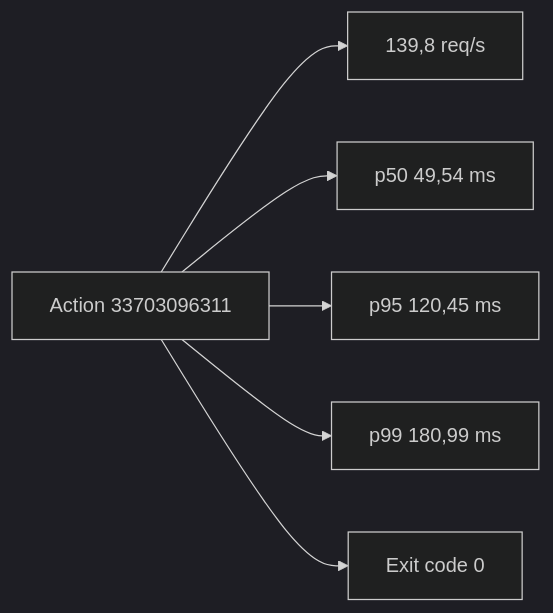
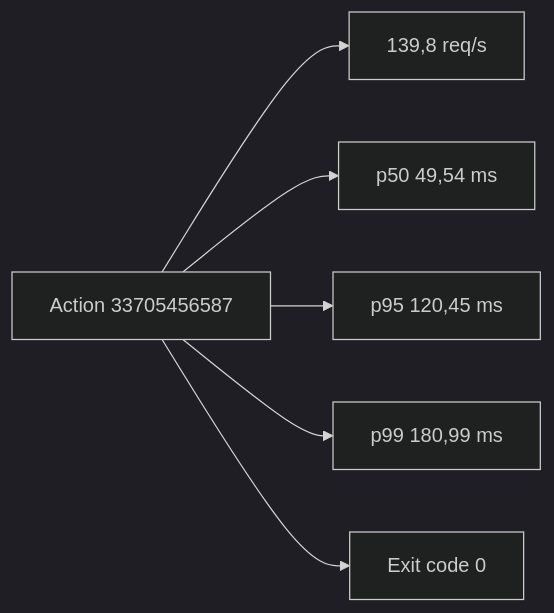
The seventh of 7 diagrams in evidencias/carga-curta.md (renansko/jugle-gaming-test), drawn with Mermaid (dark theme) before and after one commit. The commit also changed other lines of this file and 6 other files, not shown here.

````diff
--- a/evidencias/carga-curta.md
+++ b/evidencias/carga-curta.md
@@ -88,8 +88,8 @@
 ```mermaid
 flowchart LR
-    Run["Action 33703096311"] --> Rate["139,8 req/s"]
+    Run["Action 33705456587"] --> Rate["139,8 req/s"]
     Run --> P50["p50 49,54 ms"]
     Run --> P95["p95 120,45 ms"]
     Run --> P99["p99 180,99 ms"]
     Run --> Exit["Exit code 0"]
 ```
````
